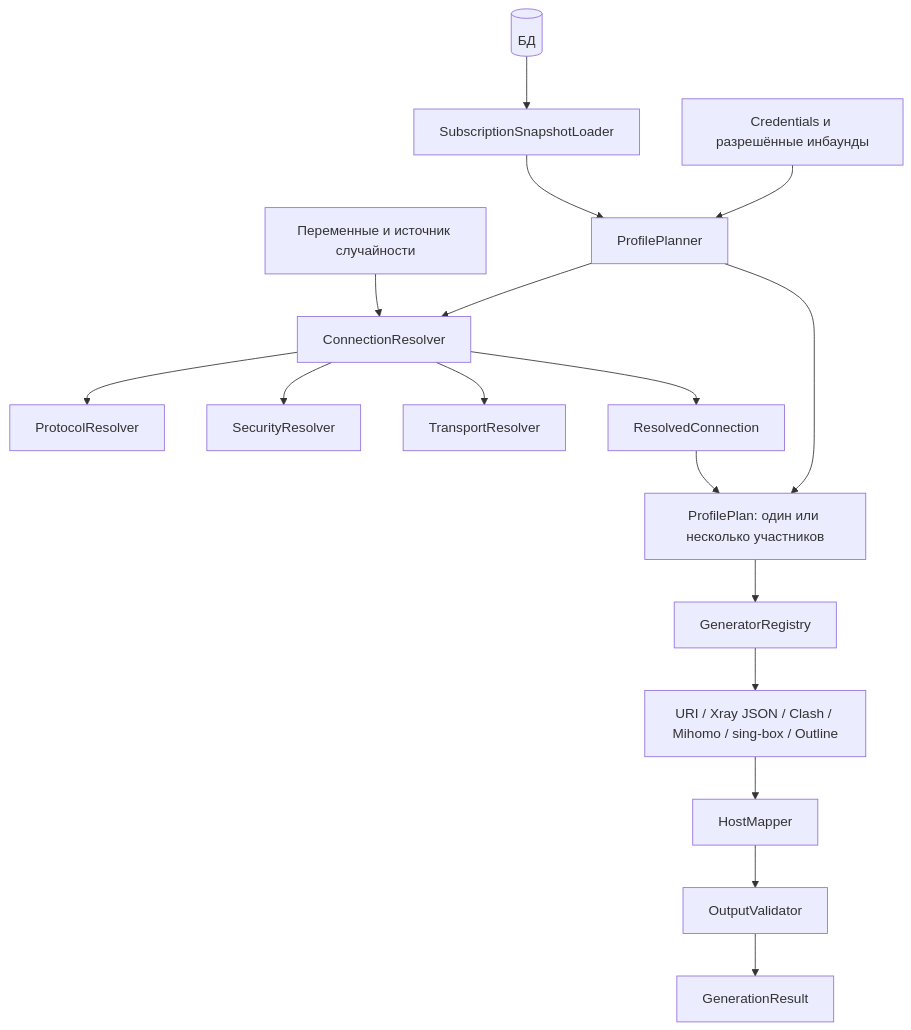
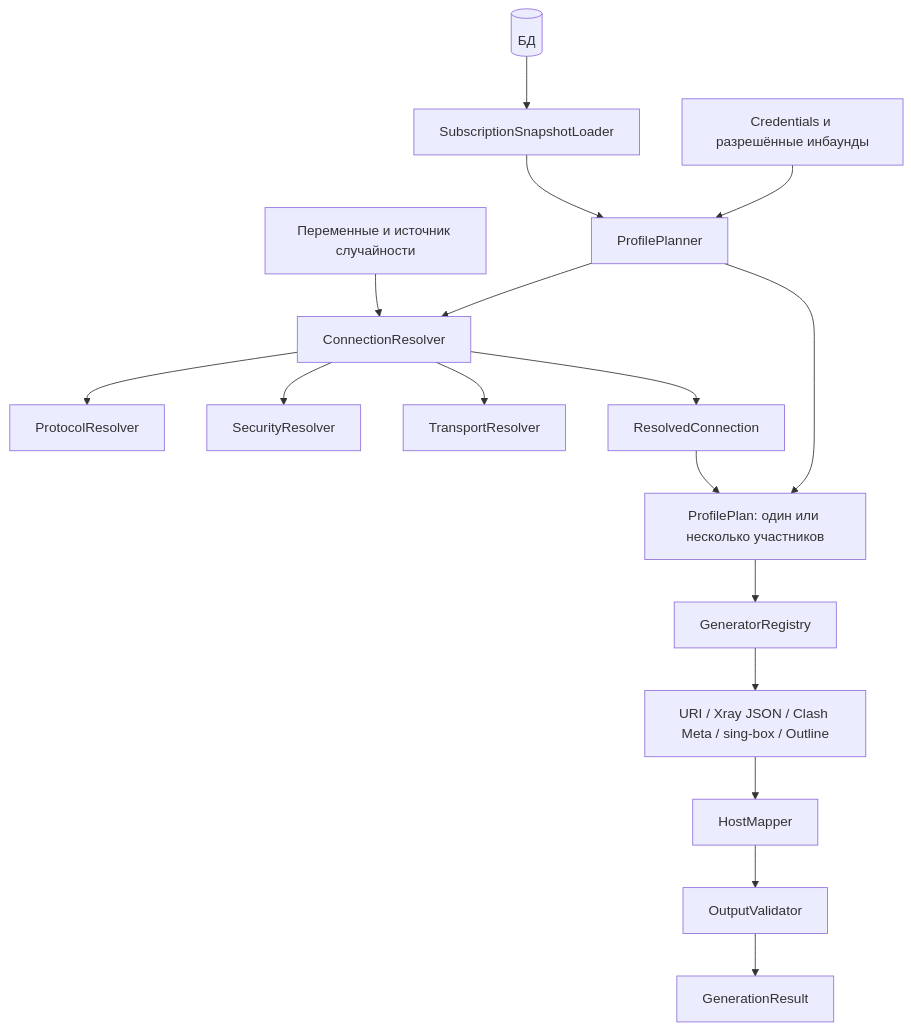
Before and after one commit to VanyaKrotov/MarzbanNext: the diagram in docs/hosts.md, drawn with Mermaid. The commit also changed other lines of this file and 59 other files, not shown here.

Commit message:
Unify Clash Meta format and clean up host dashboard

````diff
--- a/docs/hosts.md
+++ b/docs/hosts.md
@@ -144,19 +144,19 @@
 ```mermaid
 flowchart TD
   DB[(БД)] --> Loader[SubscriptionSnapshotLoader]
   Loader --> Planner[ProfilePlanner]
   User[Credentials и разрешённые инбаунды] --> Planner
   Context[Переменные и источник случайности] --> Resolver[ConnectionResolver]
   Planner --> Resolver
   Resolver --> Protocol[ProtocolResolver]
   Resolver --> Security[SecurityResolver]
   Resolver --> Transport[TransportResolver]
   Resolver --> Connection[ResolvedConnection]
   Connection --> Plan[ProfilePlan: один или несколько участников]
   Planner --> Plan
   Plan --> Registry[GeneratorRegistry]
-  Registry --> Generators[URI / Xray JSON / Clash / Mihomo / sing-box / Outline]
+  Registry --> Generators[URI / Xray JSON / Clash Meta / sing-box / Outline]
   Generators --> Mapper[HostMapper]
   Mapper --> Validator[OutputValidator]
   Validator --> Result[GenerationResult]
 ```
````
